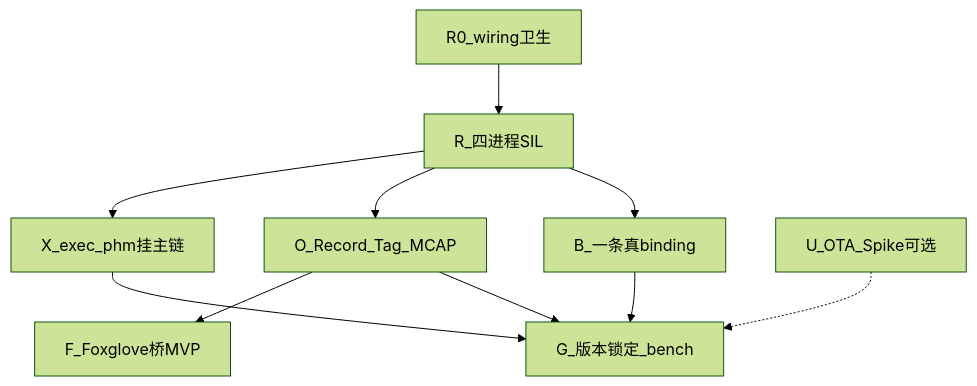
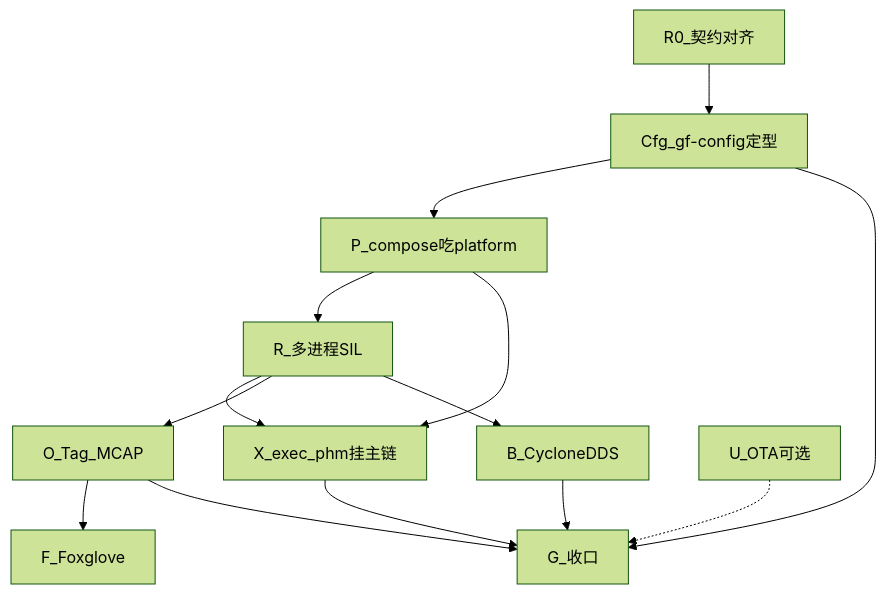
One commit to xinyu2004/AI_Giraffe-Flow changed the diagram in docs/zh/operations/P2_PLAN.md. Above: the diagram before and after it, drawn with Mermaid (forest theme). The commit also changed other lines of this file and 17 other files, not shown here.

````diff
--- a/docs/zh/operations/P2_PLAN.md
+++ b/docs/zh/operations/P2_PLAN.md
@@ -42,20 +64,26 @@
 ```mermaid
 flowchart TD
-  R0[R0_wiring卫生]
-  R[R_四进程SIL]
+  R0[R0_契约对齐]
+  Cfg[Cfg_gf-config定型]
+  P[P_compose吃platform]
+  R[R_多进程SIL]
   X[X_exec_phm挂主链]
-  B[B_一条真binding]
-  O[O_Record_Tag_MCAP]
-  F[F_Foxglove桥MVP]
-  U[U_OTA_Spike可选]
-  G[G_版本锁定_bench]
-  R0 --> R
+  B[B_CycloneDDS]
+  O[O_Tag_MCAP]
+  F[F_Foxglove]
+  G[G_收口]
+  U[U_OTA可选]
+  R0 --> Cfg
+  Cfg --> P
+  P --> R
+  P --> X
   R --> X
   R --> O
   R --> B
   O --> F
   O --> G
   X --> G
   B --> G
+  Cfg --> G
   U -.-> G
 ```
````
